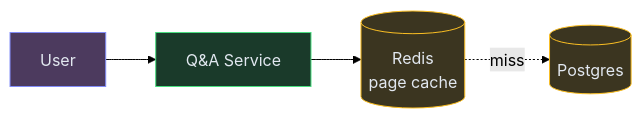
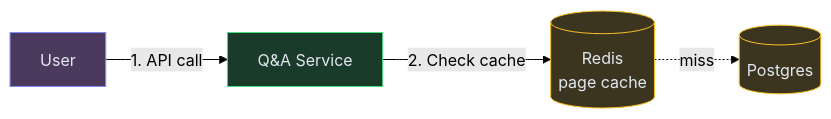
One commit to iluzn/HLD-Designs changed the second of 4 diagrams in content/hld/QAForum.md. Above: the diagram before and after it, drawn with Mermaid (forest theme). The commit also changed other lines of this file and 27 other files, not shown here.

````diff
--- a/content/hld/QAForum.md
+++ b/content/hld/QAForum.md
@@ -99,15 +99,15 @@
 ```mermaid
 flowchart LR
     USER["User"]:::client
     API["Q&A Service"]:::service
     CACHE[("Redis<br/>page cache")]:::data
     DB[("Postgres")]:::data
 
-    USER --> API
-    API --> CACHE
+    USER -->|"1. API call"| API
+    API -->|"2. Check cache"| CACHE
     CACHE -.->|miss| DB
 
     classDef client fill:#4c3a5e,stroke:#818cf8,color:#e2e8f0
     classDef service fill:#1a3a2a,stroke:#4ade80,color:#e2e8f0
     classDef data fill:#3b3520,stroke:#fbbf24,color:#e2e8f0
 ```
````
